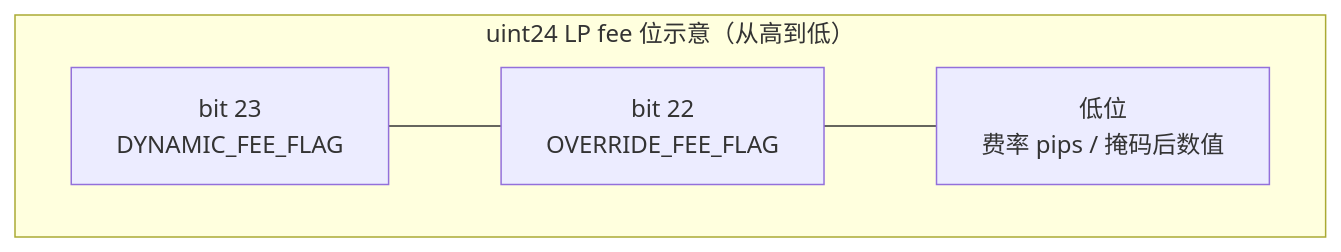
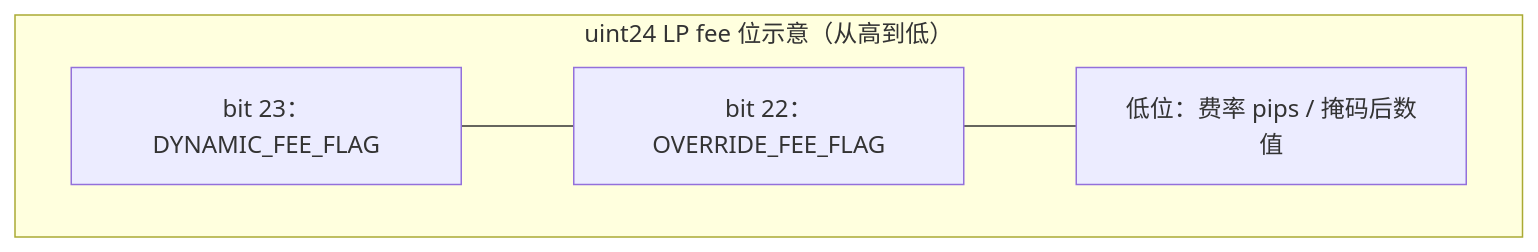
Before and after one commit to liangzhongkai/liangzhongkai.github.io: diagram 14 of 18 in content/posts/uniswap-v4-math.md, drawn with Mermaid. The commit also changed other lines of this file and 1 other file, not shown here.

````diff
--- a/content/posts/uniswap-v4-math.md
+++ b/content/posts/uniswap-v4-math.md
@@ -852,10 +852,10 @@
 ```mermaid
 flowchart LR
   subgraph bits["uint24 LP fee 位示意（从高到低）"]
     direction LR
-    B23["bit 23<br/>DYNAMIC_FEE_FLAG"]
-    B22["bit 22<br/>OVERRIDE_FEE_FLAG"]
-    LOW["低位<br/>费率 pips / 掩码后数值"]
+    B23["bit 23：DYNAMIC_FEE_FLAG"]
+    B22["bit 22：OVERRIDE_FEE_FLAG"]
+    LOW["低位：费率 pips / 掩码后数值"]
   end
   B23 --- B22 --- LOW
 ```
````
